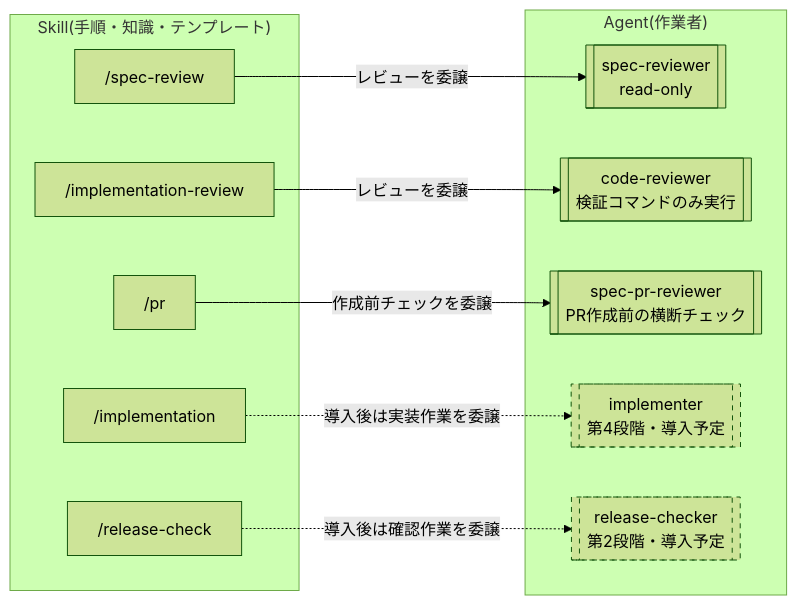
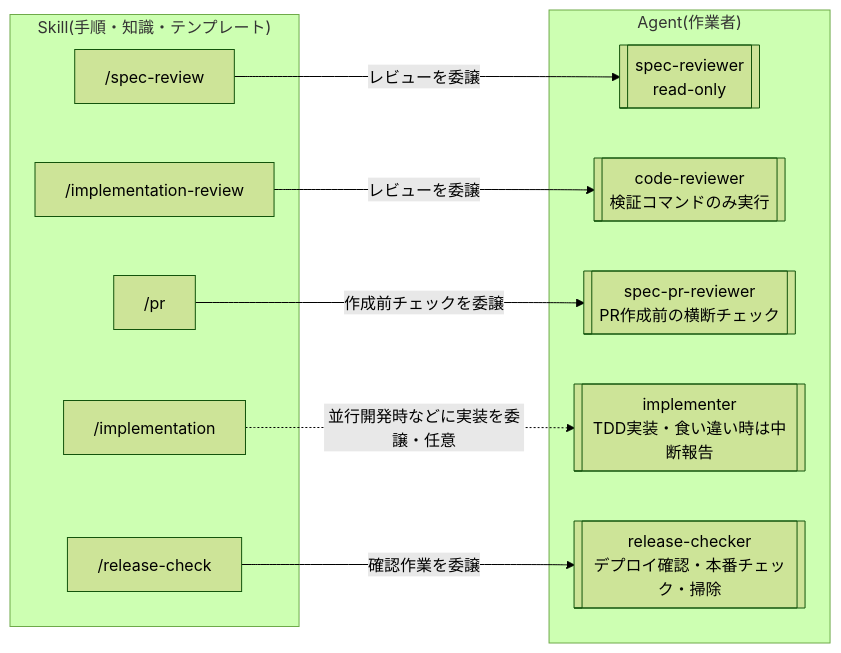
One commit to zakiyama0108/benriyatool changed the third of 3 diagrams in docs/adr/0002-skill-agent-separation.md. Above: the diagram before and after it, drawn with Mermaid (forest theme). The commit also changed other lines of this file and 5 other files, not shown here.

First line of the commit message:
feat: release-checker/implementerエージェントを追加しADR・Skill・READMEを実態に同期

````diff
--- a/docs/adr/0002-skill-agent-separation.md
+++ b/docs/adr/0002-skill-agent-separation.md
@@ -106,27 +106,24 @@
 ```mermaid
 flowchart LR
     subgraph skills["Skill(手順・知識・テンプレート)"]
         s_specreview["/spec-review"]
         s_implreview["/implementation-review"]
         s_pr["/pr"]
         s_impl["/implementation"]
         s_release["/release-check"]
     end
 
     subgraph agents["Agent(作業者)"]
         specreviewer[["spec-reviewer<br>read-only"]]
         codereviewer[["code-reviewer<br>検証コマンドのみ実行"]]
         specprreviewer[["spec-pr-reviewer<br>PR作成前の横断チェック"]]
-        implementer[["implementer<br>第4段階・導入予定"]]
-        releasechecker[["release-checker<br>第2段階・導入予定"]]
+        implementer[["implementer<br>TDD実装・食い違い時は中断報告"]]
+        releasechecker[["release-checker<br>デプロイ確認・本番チェック・掃除"]]
     end
 
     s_specreview -->|レビューを委譲| specreviewer
     s_implreview -->|レビューを委譲| codereviewer
     s_pr -->|作成前チェックを委譲| specprreviewer
-    s_impl -.導入後は実装作業を委譲.-> implementer
-    s_release -.導入後は確認作業を委譲.-> releasechecker
-
-    style implementer stroke-dasharray: 5 5
-    style releasechecker stroke-dasharray: 5 5
+    s_impl -.並行開発時などに実装を委譲・任意.-> implementer
+    s_release -->|確認作業を委譲| releasechecker
 ```
````
